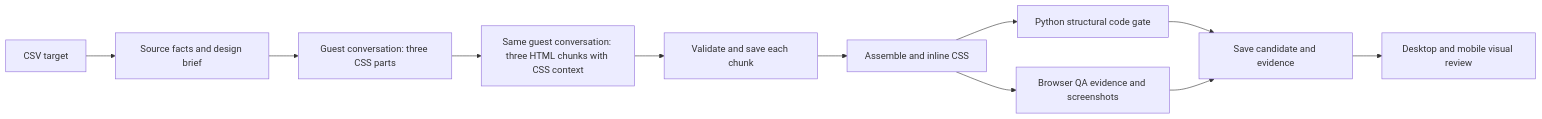
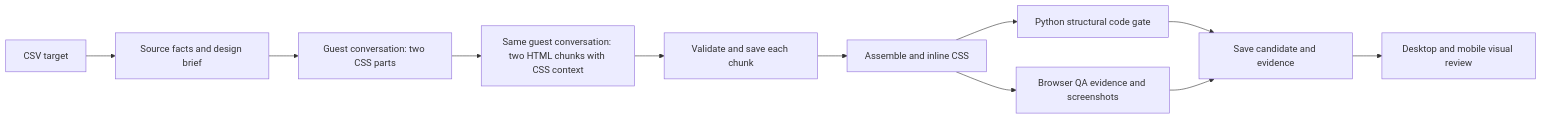
The diagram in chatgpt_automation/README.md (hometownredesignsites/git-content), drawn with Mermaid before and after one commit. The commit also changed other lines of this file and 12 other files, not shown here.

Commit message:
Try two CSS and two HTML chunks in one chat

````diff
--- a/chatgpt_automation/README.md
+++ b/chatgpt_automation/README.md
@@ -5,13 +5,13 @@
 ```mermaid
 flowchart LR
   A[CSV target] --> B[Source facts and design brief]
-  B --> C[Guest conversation: three CSS parts]
-  C --> D[Same guest conversation: three HTML chunks with CSS context]
+  B --> C[Guest conversation: two CSS parts]
+  C --> D[Same guest conversation: two HTML chunks with CSS context]
   D --> E[Validate and save each chunk]
   E --> F[Assemble and inline CSS]
   F --> G[Python structural code gate]
   F --> H[Browser QA evidence and screenshots]
   G --> I[Save candidate and evidence]
   H --> I
   I --> J[Desktop and mobile visual review]
 ```
````
